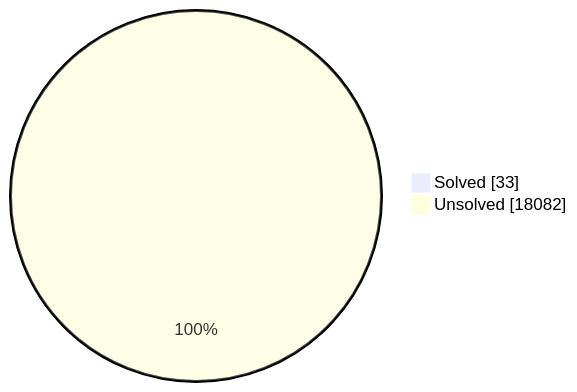
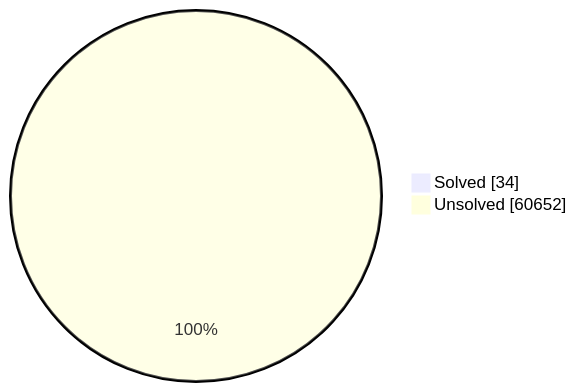
The first of 2 diagrams in README.md (trintlermint/problem-sets), drawn with Mermaid before and after one commit. The commit also changed other lines of this file and 3 other files, not shown here.

````diff
--- a/README.md
+++ b/README.md
@@ -35,5 +36,5 @@
 ```mermaid
 pie showData
-    "Solved" : 33
-    "Unsolved" : 18082
+    "Solved" : 34
+    "Unsolved" : 60652
 ```
````
